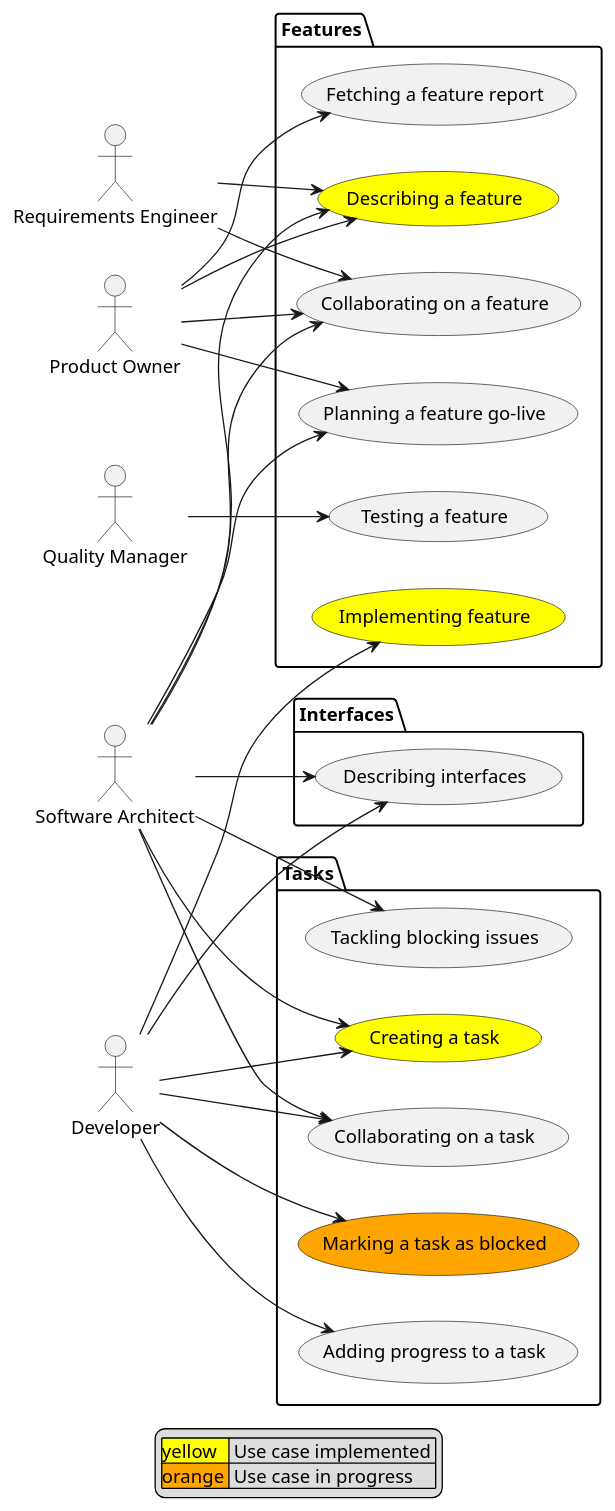
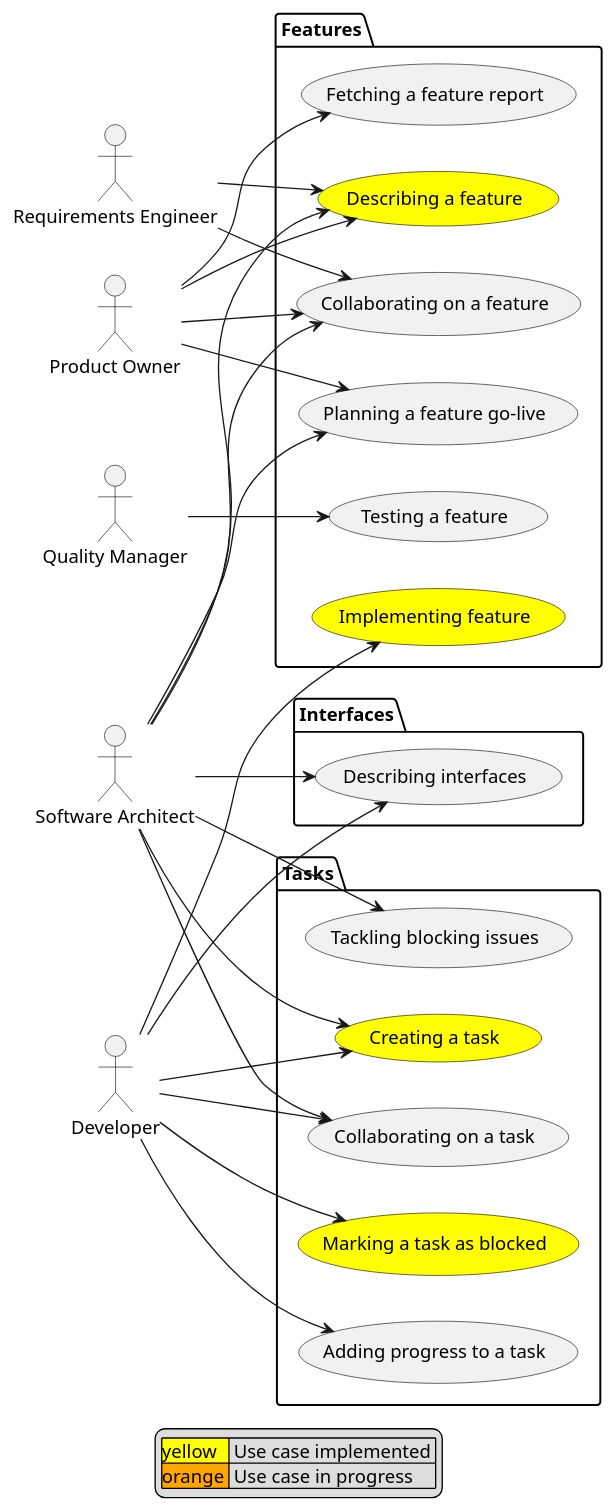
Before and after one commit to huberchrigu/give-me-features: the diagram in docs/use-cases.plantuml, drawn with PlantUML. The commit also changed 10 other files, not shown here.

```diff
--- a/docs/use-cases.plantuml
+++ b/docs/use-cases.plantuml
@@ -1,66 +1,66 @@
 @startuml
 left to right direction
 
 :Developer:
 :Product Owner: as PO
 :Requirements Engineer: as RE
 :Software Architect: as Architect
 :Quality Manager: as QM
 
 package Features {
 (Describing a feature) as NewFeature #yellow
 (Implementing feature) as FeatureImplementation #yellow
 (Fetching a feature report) as Report
 (Planning a feature go-live) as GoLive
 (Collaborating on a feature) as CollabFeature
 (Testing a feature) as Testing
 }
 
 package Tasks {
 (Creating a task) as NewTask #yellow
 (Adding progress to a task) as Progress
-(Marking a task as blocked) as Blocked #orange
+(Marking a task as blocked) as Blocked #yellow
 (Tackling blocking issues) as Tackling
 (Collaborating on a task) as CollabTask
 }
 package Interfaces {
 (Describing interfaces) as NewInterface
 }
 
 RE --> NewFeature
 Architect --> NewFeature
 PO --> NewFeature
 
 Developer --> FeatureImplementation
 Developer --> NewTask
 Architect --> NewTask
 
 Developer --> Progress
 
 Developer --> Blocked
 
 PO --> Report
 
 Architect --> Tackling
 
 Architect --> GoLive
 PO --> GoLive
 
 Architect --> NewInterface
 Developer --> NewInterface
 
 RE --> CollabFeature
 Architect --> CollabFeature
 PO --> CollabFeature
 
 Architect --> CollabTask
 Developer --> CollabTask
 
 QM --> Testing
 
 legend
   | <#yellow>yellow  | Use case implemented |
   | <#orange>orange | Use case in progress |
 end legend
 
 @enduml
```
